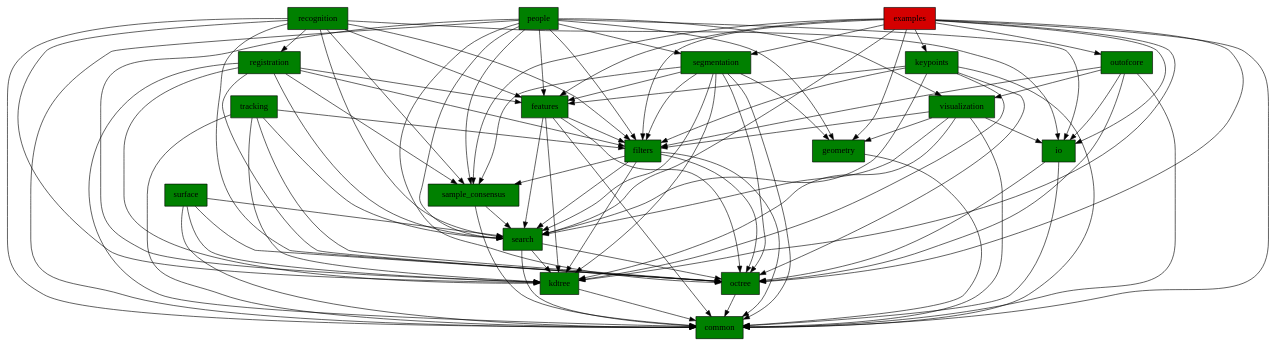
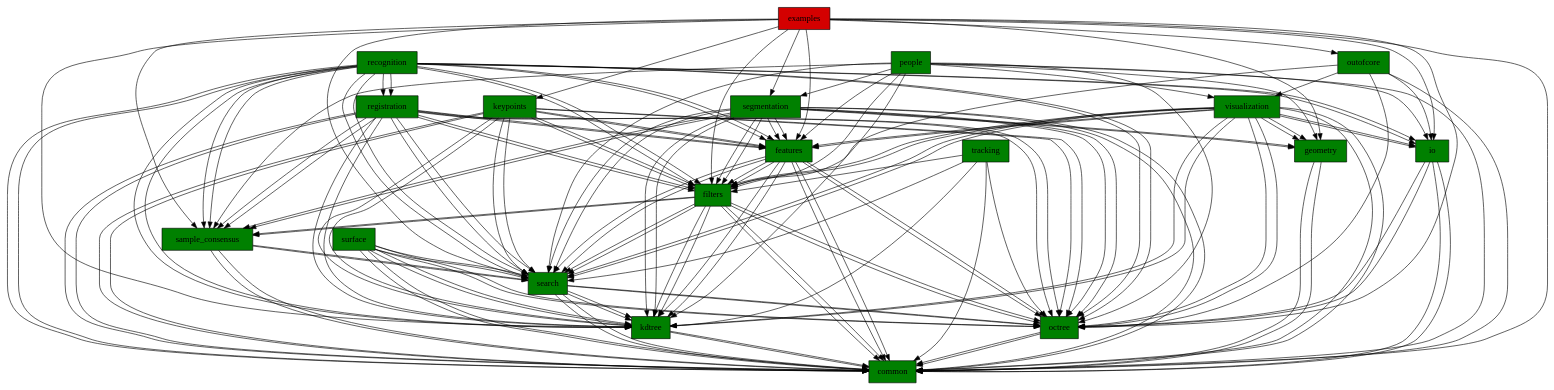
Before and after one commit to YanyangChen/pcl-172: the diagram in build/pcl.dot, drawn with Graphviz. The commit also changed 127 other files, not shown here.

```diff
--- a/build/pcl.dot
+++ b/build/pcl.dot
@@ -1,114 +1,193 @@
 digraph pcl {
   "common" [style="filled" fillcolor="#008000" shape="box"];
    "octree" [style="filled" fillcolor="#008000" shape="box"];
    "octree" -> "common";
   "geometry" [style="filled" fillcolor="#008000" shape="box"];
    "geometry" -> "common";
   "kdtree" [style="filled" fillcolor="#008000" shape="box"];
    "kdtree" -> "common";
   "search" [style="filled" fillcolor="#008000" shape="box"];
    "search" -> "common";
   "search" -> "kdtree";
   "search" -> "octree";
   "sample_consensus" [style="filled" fillcolor="#008000" shape="box"];
    "sample_consensus" -> "common";
   "sample_consensus" -> "search";
   "filters" [style="filled" fillcolor="#008000" shape="box"];
    "filters" -> "common";
   "filters" -> "sample_consensus";
   "filters" -> "search";
   "filters" -> "kdtree";
   "filters" -> "octree";
   "features" [style="filled" fillcolor="#008000" shape="box"];
    "features" -> "common";
   "features" -> "search";
   "features" -> "kdtree";
   "features" -> "octree";
   "features" -> "filters";
   "keypoints" [style="filled" fillcolor="#008000" shape="box"];
    "keypoints" -> "common";
   "keypoints" -> "search";
   "keypoints" -> "kdtree";
   "keypoints" -> "octree";
   "keypoints" -> "features";
   "keypoints" -> "filters";
   "io" [style="filled" fillcolor="#008000" shape="box"];
    "io" -> "common";
   "io" -> "octree";
   "segmentation" [style="filled" fillcolor="#008000" shape="box"];
    "segmentation" -> "common";
   "segmentation" -> "geometry";
   "segmentation" -> "search";
   "segmentation" -> "sample_consensus";
   "segmentation" -> "kdtree";
   "segmentation" -> "octree";
   "segmentation" -> "features";
   "segmentation" -> "filters";
   "surface" [style="filled" fillcolor="#008000" shape="box"];
    "surface" -> "common";
   "surface" -> "search";
   "surface" -> "kdtree";
   "surface" -> "octree";
   "registration" [style="filled" fillcolor="#008000" shape="box"];
    "registration" -> "common";
   "registration" -> "octree";
   "registration" -> "kdtree";
   "registration" -> "search";
   "registration" -> "sample_consensus";
   "registration" -> "features";
   "registration" -> "filters";
   "recognition" [style="filled" fillcolor="#008000" shape="box"];
    "recognition" -> "common";
   "recognition" -> "io";
   "recognition" -> "search";
   "recognition" -> "kdtree";
   "recognition" -> "octree";
   "recognition" -> "features";
   "recognition" -> "filters";
   "recognition" -> "registration";
   "recognition" -> "sample_consensus";
   "visualization" [style="filled" fillcolor="#008000" shape="box"];
    "visualization" -> "common";
   "visualization" -> "io";
   "visualization" -> "kdtree";
   "visualization" -> "geometry";
   "visualization" -> "search";
   "visualization" -> "filters";
+  "visualization" -> "features";
+  "visualization" -> "octree";
+  "common" [style="filled" fillcolor="#008000" shape="box"];
+   "octree" [style="filled" fillcolor="#008000" shape="box"];
+   "octree" -> "common";
+  "geometry" [style="filled" fillcolor="#008000" shape="box"];
+   "geometry" -> "common";
+  "kdtree" [style="filled" fillcolor="#008000" shape="box"];
+   "kdtree" -> "common";
+  "search" [style="filled" fillcolor="#008000" shape="box"];
+   "search" -> "common";
+  "search" -> "kdtree";
+  "search" -> "octree";
+  "sample_consensus" [style="filled" fillcolor="#008000" shape="box"];
+   "sample_consensus" -> "common";
+  "sample_consensus" -> "search";
+  "filters" [style="filled" fillcolor="#008000" shape="box"];
+   "filters" -> "common";
+  "filters" -> "sample_consensus";
+  "filters" -> "search";
+  "filters" -> "kdtree";
+  "filters" -> "octree";
+  "features" [style="filled" fillcolor="#008000" shape="box"];
+   "features" -> "common";
+  "features" -> "search";
+  "features" -> "kdtree";
+  "features" -> "octree";
+  "features" -> "filters";
+  "keypoints" [style="filled" fillcolor="#008000" shape="box"];
+   "keypoints" -> "common";
+  "keypoints" -> "search";
+  "keypoints" -> "kdtree";
+  "keypoints" -> "octree";
+  "keypoints" -> "features";
+  "keypoints" -> "filters";
+  "io" [style="filled" fillcolor="#008000" shape="box"];
+   "io" -> "common";
+  "io" -> "octree";
+  "segmentation" [style="filled" fillcolor="#008000" shape="box"];
+   "segmentation" -> "common";
+  "segmentation" -> "geometry";
+  "segmentation" -> "search";
+  "segmentation" -> "sample_consensus";
+  "segmentation" -> "kdtree";
+  "segmentation" -> "octree";
+  "segmentation" -> "features";
+  "segmentation" -> "filters";
+  "surface" [style="filled" fillcolor="#008000" shape="box"];
+   "surface" -> "common";
+  "surface" -> "search";
+  "surface" -> "kdtree";
+  "surface" -> "octree";
+  "registration" [style="filled" fillcolor="#008000" shape="box"];
+   "registration" -> "common";
+  "registration" -> "octree";
+  "registration" -> "kdtree";
+  "registration" -> "search";
+  "registration" -> "sample_consensus";
+  "registration" -> "features";
+  "registration" -> "filters";
+  "recognition" [style="filled" fillcolor="#008000" shape="box"];
+   "recognition" -> "common";
+  "recognition" -> "io";
+  "recognition" -> "search";
+  "recognition" -> "kdtree";
+  "recognition" -> "octree";
+  "recognition" -> "features";
+  "recognition" -> "filters";
+  "recognition" -> "registration";
+  "recognition" -> "sample_consensus";
+  "visualization" [style="filled" fillcolor="#008000" shape="box"];
+   "visualization" -> "common";
+  "visualization" -> "io";
+  "visualization" -> "kdtree";
+  "visualization" -> "geometry";
+  "visualization" -> "search";
+  "visualization" -> "filters";
+  "visualization" -> "features";
+  "visualization" -> "octree";
   "tracking" [style="filled" fillcolor="#008000" shape="box"];
    "tracking" -> "common";
   "tracking" -> "search";
   "tracking" -> "kdtree";
   "tracking" -> "filters";
   "tracking" -> "octree";
   "people" [style="filled" fillcolor="#008000" shape="box"];
    "people" -> "common";
   "people" -> "kdtree";
   "people" -> "search";
   "people" -> "features";
   "people" -> "sample_consensus";
   "people" -> "filters";
   "people" -> "io";
   "people" -> "visualization";
   "people" -> "geometry";
   "people" -> "segmentation";
   "people" -> "octree";
   "outofcore" [style="filled" fillcolor="#008000" shape="box"];
    "outofcore" -> "common";
   "outofcore" -> "io";
   "outofcore" -> "filters";
   "outofcore" -> "octree";
   "outofcore" -> "visualization";
   "examples" [style="filled" fillcolor="#D40000" shape="box"];
    "examples" -> "common";
   "examples" -> "io";
   "examples" -> "features";
   "examples" -> "search";
   "examples" -> "kdtree";
   "examples" -> "octree";
   "examples" -> "filters";
   "examples" -> "keypoints";
   "examples" -> "segmentation";
   "examples" -> "sample_consensus";
   "examples" -> "outofcore";
   "examples" -> "geometry";
 }
```
